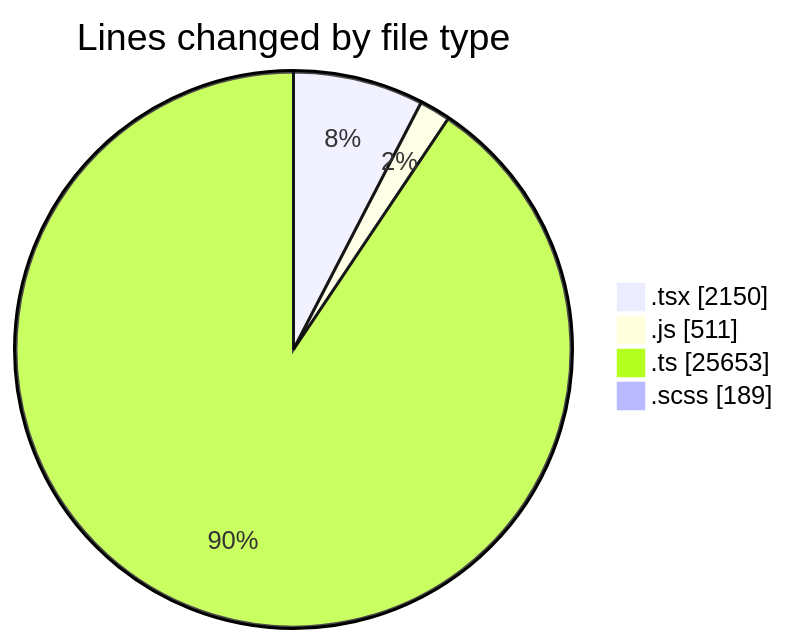
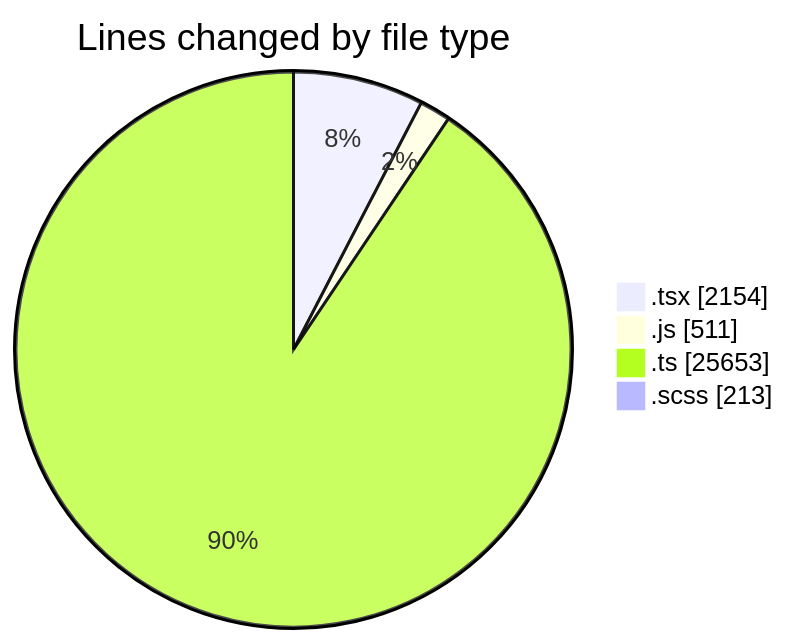
The first of 2 diagrams in 2025-06-30/cda/README.md (momahboobian/code-tracking), drawn with Mermaid before and after one commit. The commit also changed other lines of this file and 1 other file, not shown here.

````diff
--- a/2025-06-30/cda/README.md
+++ b/2025-06-30/cda/README.md
@@ -41,8 +41,8 @@
 ```mermaid
 pie showData
 title Lines changed by file type
-".tsx" : 2150
+".tsx" : 2154
 ".js" : 511
 ".ts" : 25653
-".scss" : 189
+".scss" : 213
 ```
````
